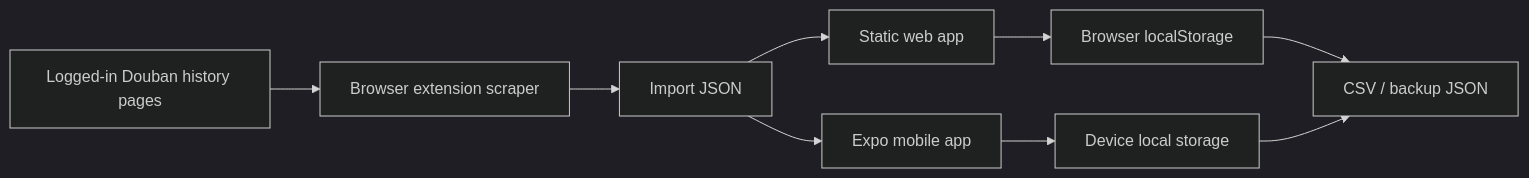
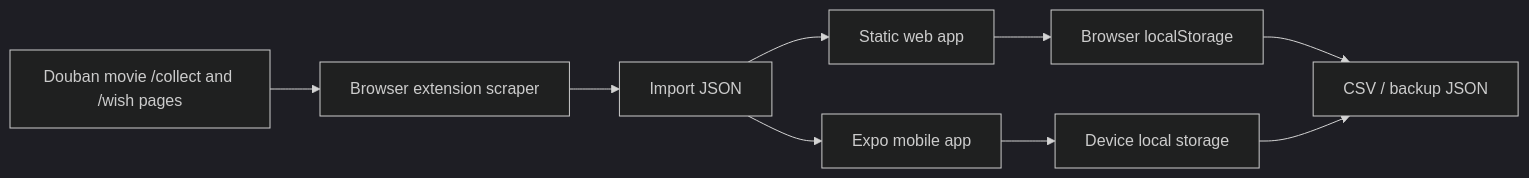
The diagram in docs/ARCHITECTURE.md (otterlymavis/DoubanRefugee), drawn with Mermaid (dark theme) before and after one commit. The commit also changed other lines of this file and 16 other files, not shown here.

Commit message:
Scrape Douban user movie history

````diff
--- a/docs/ARCHITECTURE.md
+++ b/docs/ARCHITECTURE.md
@@ -8,11 +9,11 @@
 ```mermaid
 flowchart LR
-  D["Logged-in Douban history pages"] --> E["Browser extension scraper"]
+  D["Douban movie /collect and /wish pages"] --> E["Browser extension scraper"]
   E --> J["Import JSON"]
   J --> W["Static web app"]
   J --> M["Expo mobile app"]
   W --> L["Browser localStorage"]
   M --> S["Device local storage"]
   L --> X["CSV / backup JSON"]
   S --> X
 ```
````
